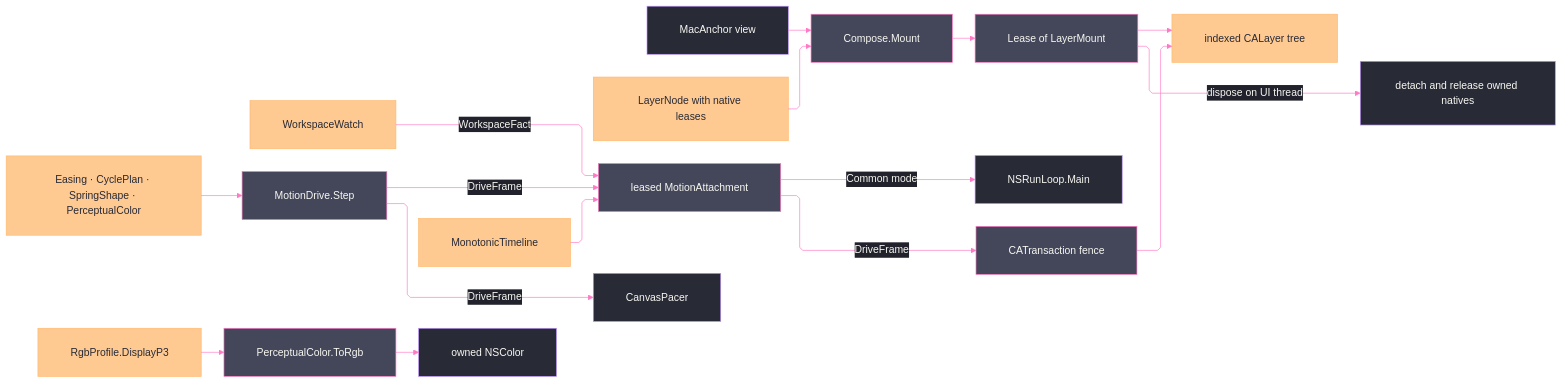
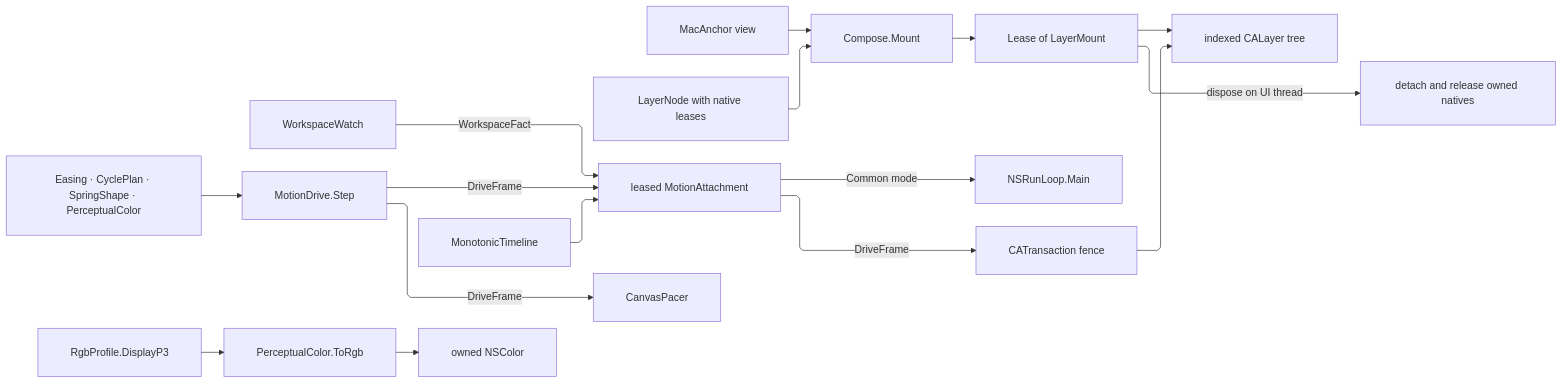
Before and after one commit to bsamiee/Rasm: the diagram in libs/csharp/Rasm.Grasshopper/.planning/Platform/composition.md, drawn with Mermaid. The commit also changed 324 other files, not shown here.

````diff
--- a/libs/csharp/Rasm.Grasshopper/.planning/Platform/composition.md
+++ b/libs/csharp/Rasm.Grasshopper/.planning/Platform/composition.md
@@ -960,50 +960,27 @@
 ```mermaid
 ---
 config:
-  theme: base
-  look: classic
   layout: elk
   flowchart:
     curve: linear
     padding: 25
-  themeVariables:
-    darkMode: true
-    fontFamily: "SF Mono, Menlo, Cascadia Mono, Segoe UI Mono, Consolas, monospace"
-    useGradient: false
-    dropShadow: "none"
-    background: "#282A36"
-    primaryColor: "#44475A"
-    primaryTextColor: "#F8F8F2"
-    primaryBorderColor: "#BD93F9"
-    lineColor: "#FF79C6"
-    textColor: "#F8F8F2"
-    edgeLabelBackground: "#21222C"
-    labelBackgroundColor: "#21222C"
-    titleColor: "#D6BCFA"
-  themeCSS: ".nodeLabel{font-size:13px;font-weight:500}.edgeLabel{font-size:12px;font-weight:500}.edge-thickness-normal{stroke-width:2px}.edge-thickness-thick{stroke-width:3px}.edge-pattern-dashed,.edge-pattern-dotted{stroke-width:1.5px;stroke-dasharray:4 6}.node rect,.node circle,.node polygon,.node path,.node .outer-path{stroke-width:1.5px;filter:none!important}.marker path{transform:scale(.8);transform-origin:5px 5px}.marker circle{transform:scale(.48);transform-origin:5px 5px}.edgeLabel rect{transform-box:fill-box;transform-origin:center;transform:scale(1.1,1.2)}"
 ---
 flowchart LR
     accTitle: Native composition ownership and motion flow
     accDescr: A leased layer mount owns the indexed native tree and teardown while a workspace-observed motion attachment runs kernel-timed frames from the main run loop through a transaction fence; profile-aware colour projection reaches AppKit only as NSColor.
     Anchor["MacAnchor view"] --> Mount["Compose.Mount"]
     Graph["LayerNode with native leases"] --> Mount
     Mount --> Lease["Lease of LayerMount"]
     Lease --> Tree["indexed CALayer tree"]
     Lease -->|"dispose on UI thread"| Inverse["detach and release owned natives"]
     Timeline["MonotonicTimeline"] --> Motion["leased MotionAttachment"]
     Watch["WorkspaceWatch"] -->|"WorkspaceFact"| Motion
     Kernel["Easing · CyclePlan · SpringShape · PerceptualColor"] --> Drive["MotionDrive.Step"]
     Drive -->|"DriveFrame"| Motion
     Drive -->|"DriveFrame"| Canvas["CanvasPacer"]
     Motion -->|"Common mode"| Loop["NSRunLoop.Main"]
     Motion -->|"DriveFrame"| Fence["CATransaction fence"]
     Fence --> Tree
     Profile["RgbProfile.DisplayP3"] --> Wide["PerceptualColor.ToRgb"]
     Wide --> Native["owned NSColor"]
-    classDef primary fill:#44475A,stroke:#FF79C6,color:#F8F8F2
-    classDef boundary fill:#282A36,stroke:#BD93F9,color:#F8F8F2
-    classDef data fill:#FFB86CBF,stroke:#FFB86C,color:#282A36
-    class Mount,Lease,Drive,Motion,Fence,Wide primary
-    class Anchor,Inverse,Canvas,Loop,Native boundary
-    class Graph,Tree,Timeline,Watch,Kernel,Profile data
 ```
````
